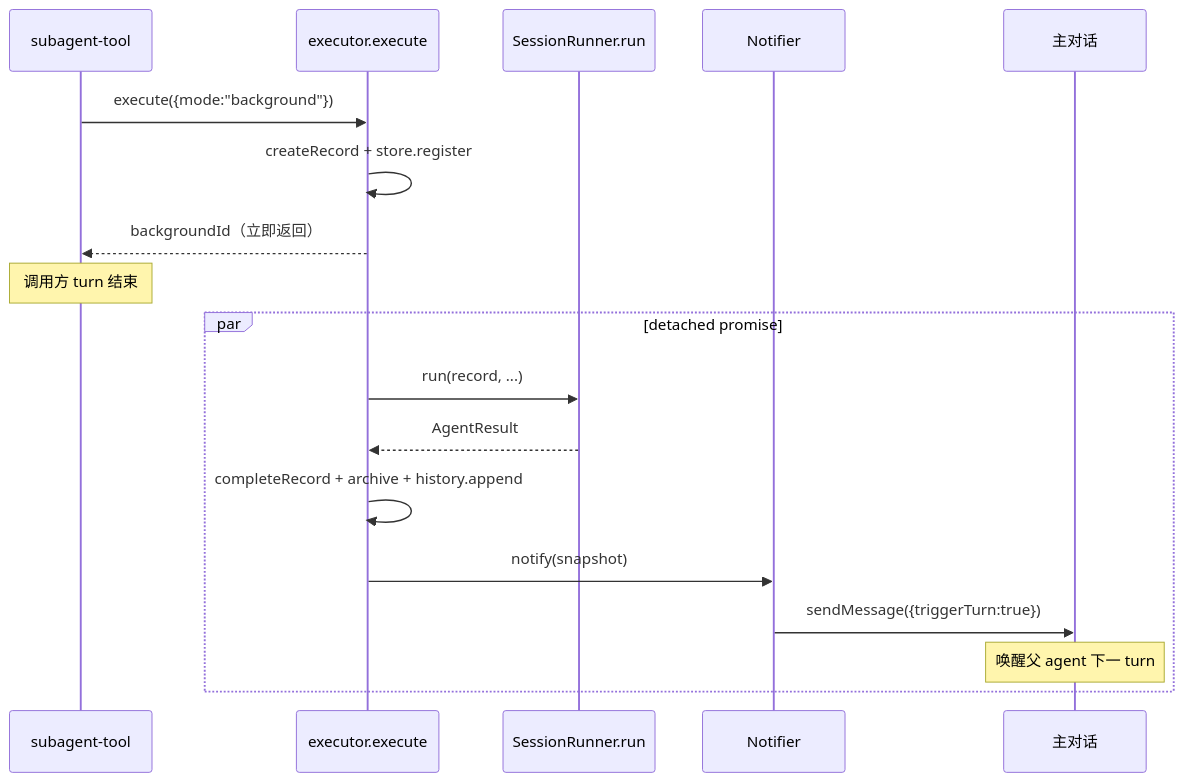
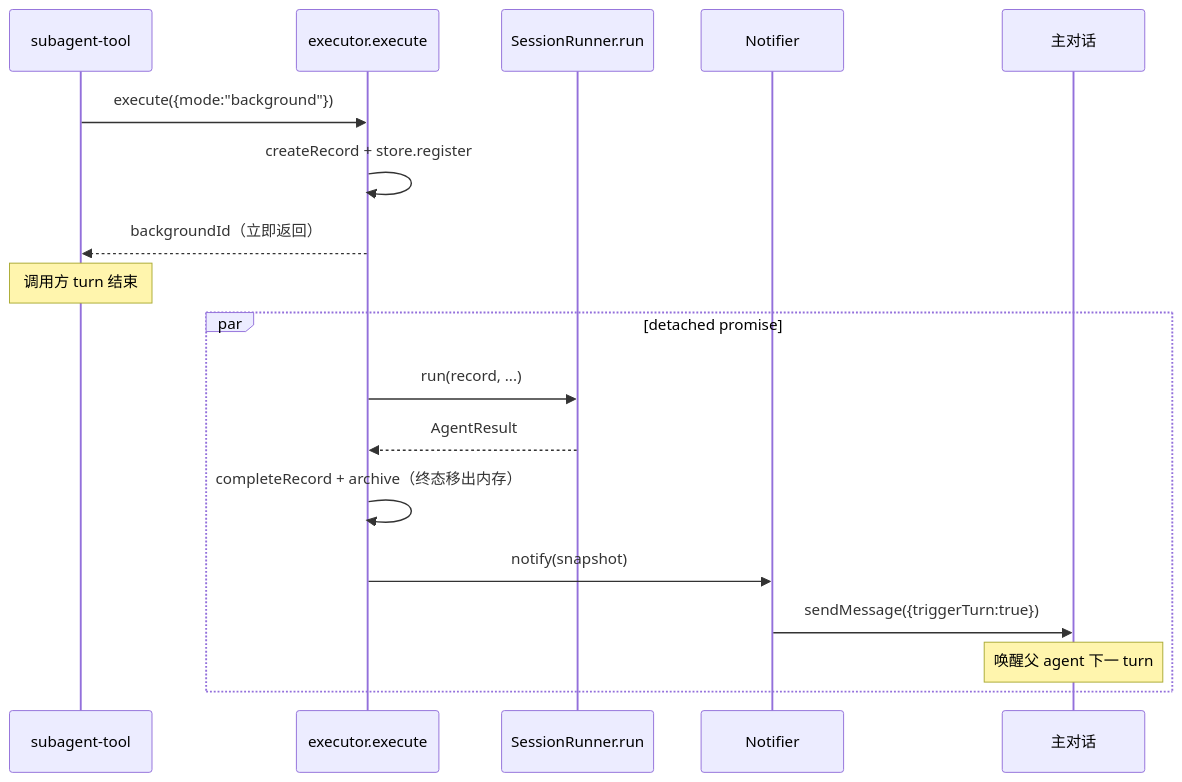
The second of 3 diagrams in docs/subagents/execution-flow.md (zhushanwen321/xyz-pi-extensions), drawn with Mermaid before and after one commit. The commit also changed other lines of this file and 27 other files, not shown here.

````diff
--- a/docs/subagents/execution-flow.md
+++ b/docs/subagents/execution-flow.md
@@ -85,22 +85,22 @@
 ```mermaid
 sequenceDiagram
     participant Tool as subagent-tool
     participant Exec as executor.execute
     participant Run as SessionRunner.run
     participant Notifier
     participant Main as 主对话
 
     Tool->>Exec: execute({mode:"background"})
     Exec->>Exec: createRecord + store.register
     Exec-->>Tool: backgroundId（立即返回）
     Note over Tool: 调用方 turn 结束
 
     par detached promise
         Exec->>Run: run(record, ...)
         Run-->>Exec: AgentResult
-        Exec->>Exec: completeRecord + archive + history.append
+        Exec->>Exec: completeRecord + archive（终态移出内存）
         Exec->>Notifier: notify(snapshot)
         Notifier->>Main: sendMessage({triggerTurn:true})
         Note over Main: 唤醒父 agent 下一 turn
     end
 ```
````
